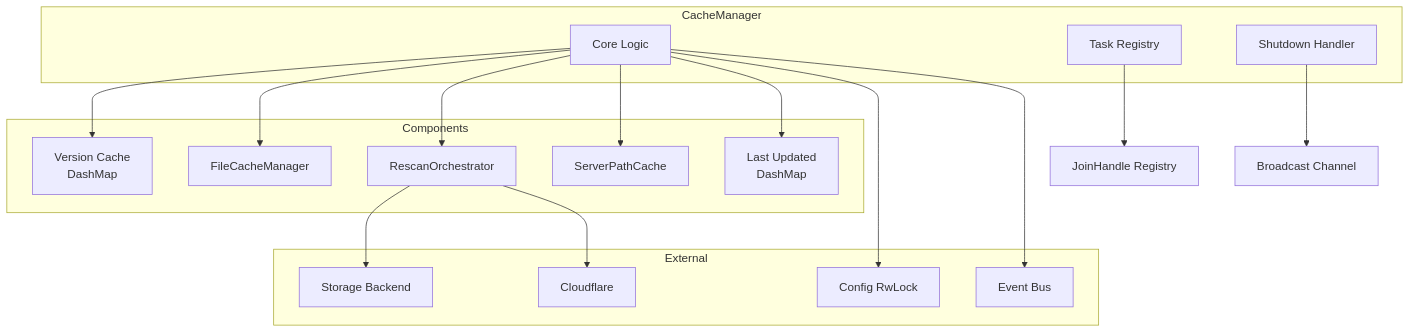
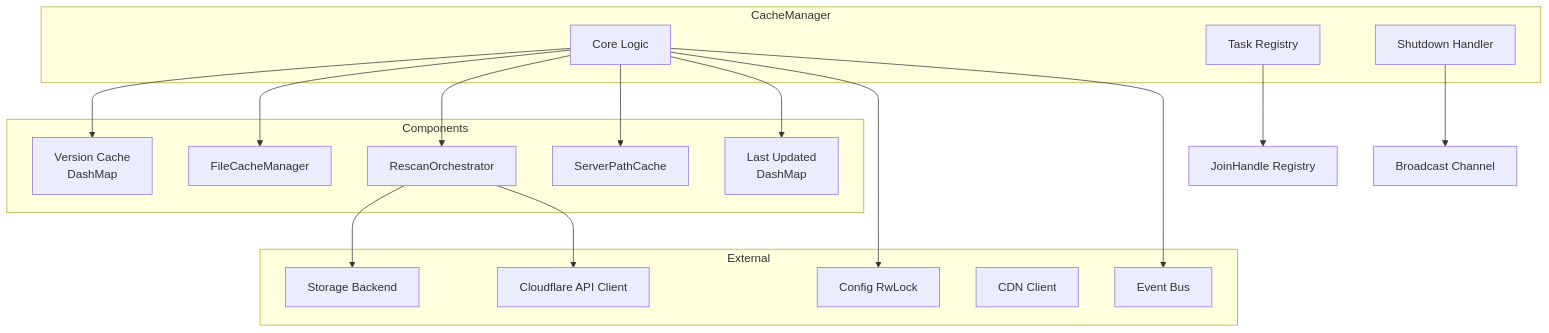
The first of 5 diagrams in crates/cache/docs/manager.md (Lighty-Launcher/LightyUpdater), drawn with Mermaid before and after one commit. The commit also changed 13 other files, not shown here.

````diff
--- a/crates/cache/docs/manager.md
+++ b/crates/cache/docs/manager.md
@@ -11,37 +11,38 @@
 ```mermaid
 graph TB
     subgraph CacheManager
         Core[Core Logic]
         Tasks[Task Registry]
         Shutdown[Shutdown Handler]
     end
 
     subgraph Components
         Cache[Version Cache<br/>DashMap]
         FCM[FileCacheManager]
         RO[RescanOrchestrator]
         SPC[ServerPathCache]
         LastUpd[Last Updated<br/>DashMap]
     end
 
     subgraph External
         Config[Config RwLock]
         Events[Event Bus]
         Storage[Storage Backend]
-        CF[Cloudflare]
+        CDN[CDN Client]
+        CF[Cloudflare API Client]
     end
 
     Core --> Cache
     Core --> FCM
     Core --> RO
     Core --> SPC
     Core --> LastUpd
 
     Core --> Config
     Core --> Events
     RO --> Storage
     RO --> CF
 
     Tasks --> TaskHandles[JoinHandle Registry]
     Shutdown --> BroadcastChan[Broadcast Channel]
 ```
````
